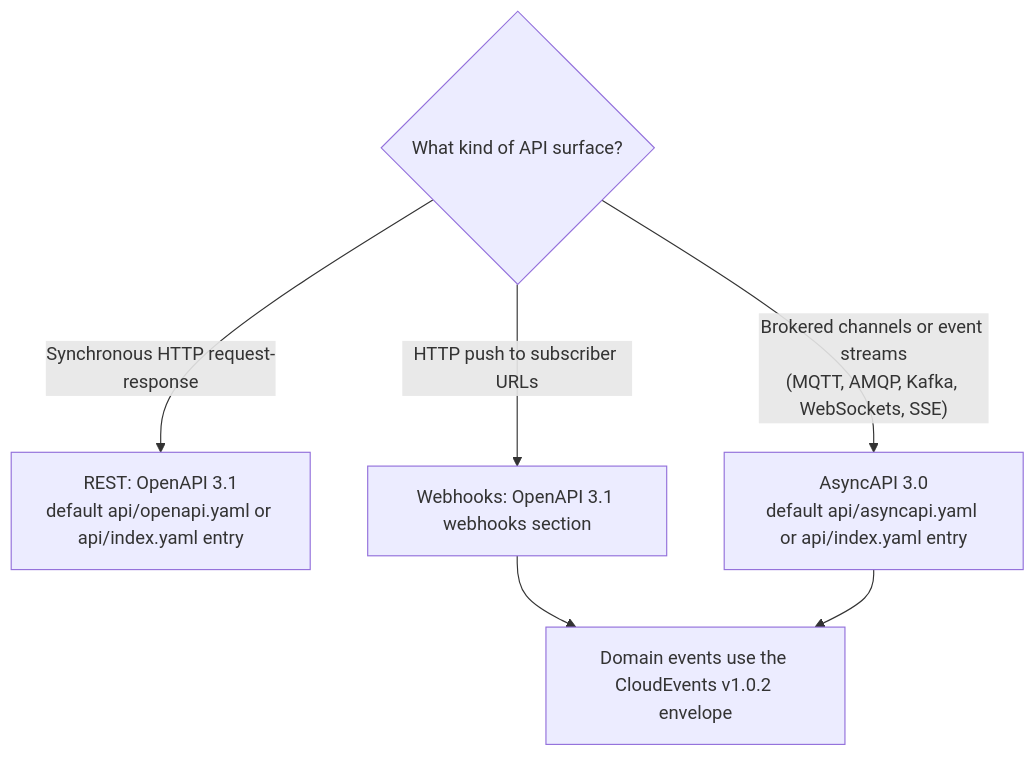
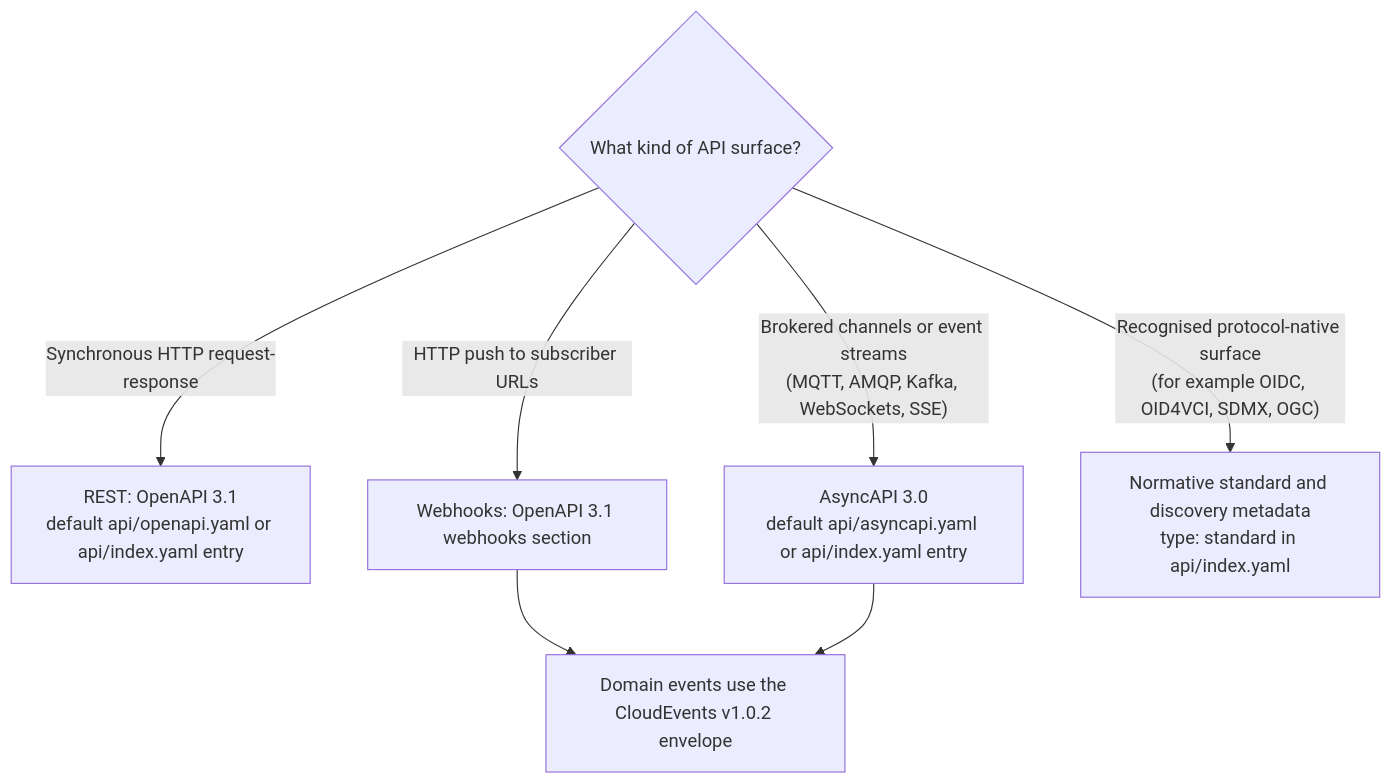
The first of 2 diagrams in api-design-guide/1-introduction.md (jeremi/bb-template), drawn with Mermaid before and after one commit. The commit also changed other lines of this file and 60 other files, not shown here.

````diff
--- a/api-design-guide/1-introduction.md
+++ b/api-design-guide/1-introduction.md
@@ -30,8 +30,9 @@
 ```mermaid
 flowchart TD
     Q{"What kind of API surface?"} -->|"Synchronous HTTP request-response"| R["REST: OpenAPI 3.1<br/>default api/openapi.yaml or api/index.yaml entry"]
     Q -->|"HTTP push to subscriber URLs"| W["Webhooks: OpenAPI 3.1 webhooks section"]
     Q -->|"Brokered channels or event streams<br/>(MQTT, AMQP, Kafka, WebSockets, SSE)"| A["AsyncAPI 3.0<br/>default api/asyncapi.yaml or api/index.yaml entry"]
+    Q -->|"Recognised protocol-native surface<br/>(for example OIDC, OID4VCI, SDMX, OGC)"| S["Normative standard and discovery metadata<br/>type: standard in api/index.yaml"]
     W --> CE["Domain events use the CloudEvents v1.0.2 envelope"]
     A --> CE
 ```
````
